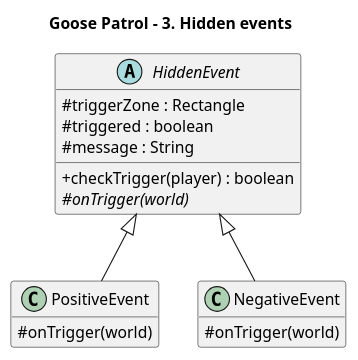
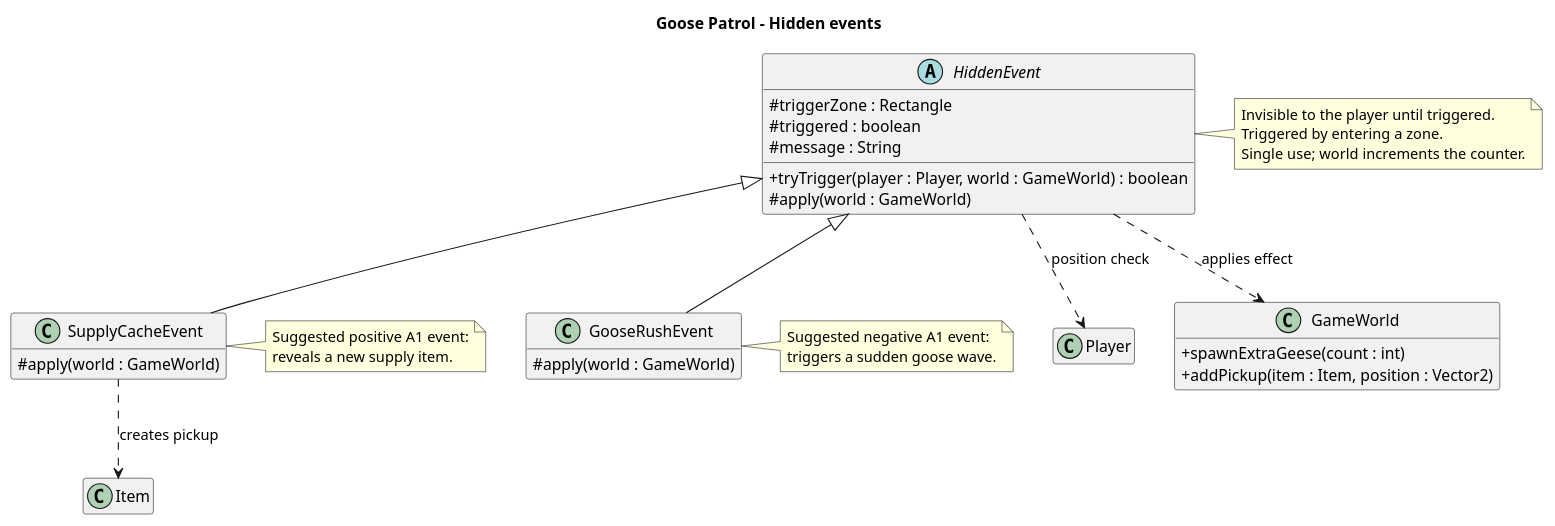
Before and after one commit to mnd514-cloud/GameChangersGooseGame: the diagram in 03-hidden-events.puml, drawn with PlantUML. The commit also changed 5 other files, not shown here.

Commit message:
UML changes

```diff
--- a/03-hidden-events.puml
+++ b/03-hidden-events.puml
@@ -1,36 +1,46 @@
 @startuml 03-hidden-events
-title Goose Patrol - 3. Hidden events
-
-' ---- display settings: leave as they are ----
+title Goose Patrol - Hidden events
 skinparam classAttributeIconSize 0
 skinparam shadowing false
 hide empty members
 
-' ---- classes ----
 abstract class HiddenEvent {
-  # triggerZone : Rectangle
-  # triggered : boolean
-  # message : String
-  + checkTrigger(player) : boolean
-  # {abstract} onTrigger(world)
+  #triggerZone : Rectangle
+  #triggered : boolean
+  #message : String
+  +tryTrigger(player : Player, world : GameWorld) : boolean
+  #apply(world : GameWorld)
 }
+class SupplyCacheEvent {
+  #apply(world : GameWorld)
+}
+class GooseRushEvent {
+  #apply(world : GameWorld)
+}
+class Player
+class GameWorld {
+  +spawnExtraGeese(count : int)
+  +addPickup(item : Item, position : Vector2)
+}
+class Item
 
-class PositiveEvent {
-  # onTrigger(world)
-}
+HiddenEvent <|-- SupplyCacheEvent
+HiddenEvent <|-- GooseRushEvent
+HiddenEvent ..> Player : position check
+HiddenEvent ..> GameWorld : applies effect
+SupplyCacheEvent ..> Item : creates pickup
 
-class NegativeEvent {
-  # onTrigger(world)
-}
-
-' ---- relationships ----
-HiddenEvent <|-- PositiveEvent
-HiddenEvent <|-- NegativeEvent
-
-' ---- optional: dependencies (uncomment the lines below to show them) ----
-' class Player
-' class GameWorld
-' HiddenEvent ..> Player : tests position
-' HiddenEvent ..> GameWorld : changes
-
+note right of HiddenEvent
+  Invisible to the player until triggered.
+  Triggered by entering a zone.
+  Single use; world increments the counter.
+end note
+note right of SupplyCacheEvent
+  Suggested positive A1 event:
+  reveals a new supply item.
+end note
+note right of GooseRushEvent
+  Suggested negative A1 event:
+  triggers a sudden goose wave.
+end note
 @enduml
```
